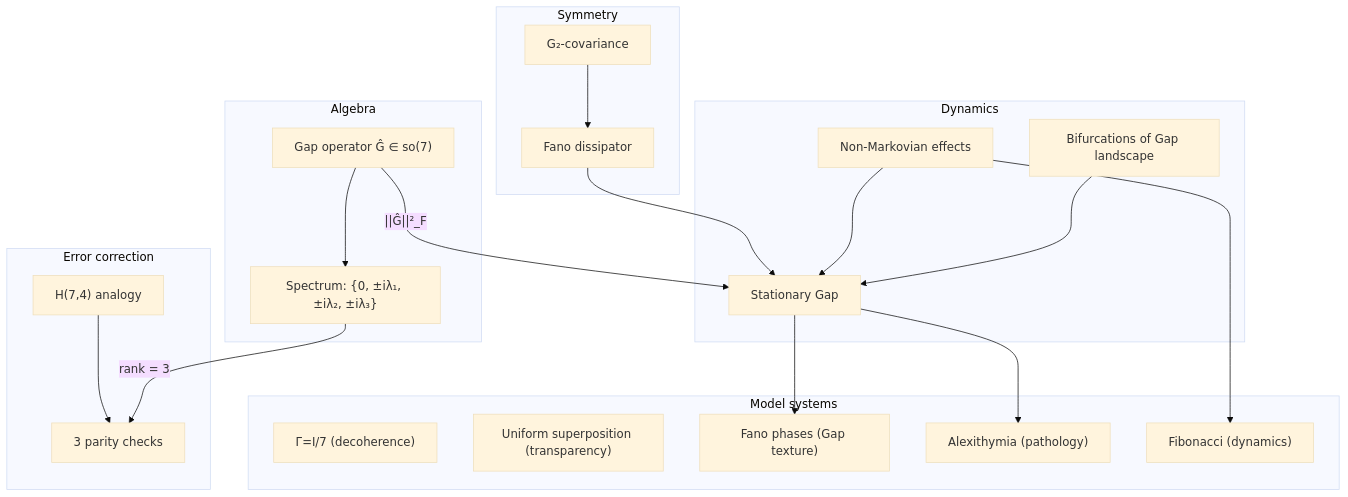
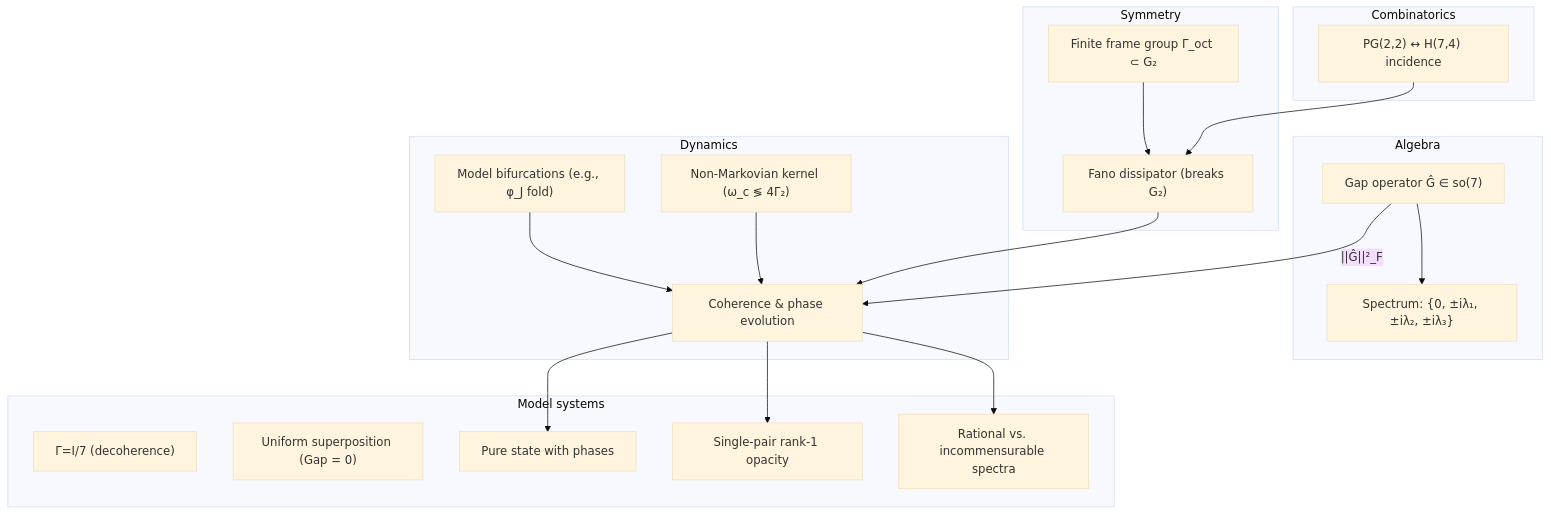
The diagram in website/docs/core/dynamics/gap-dynamics.md (gst-st/uhm), drawn with Mermaid (base theme) before and after one commit. The commit also changed other lines of this file and 376 other files, not shown here.

First line of the commit message:
Refactor UHM canon, decontaminate architecture, and verify EN/RU parity

````diff
--- a/website/docs/core/dynamics/gap-dynamics.md
+++ b/website/docs/core/dynamics/gap-dynamics.md
@@ -587,39 +447,37 @@
 ```mermaid
 graph TD
     subgraph ALG["Algebra"]
         GO["Gap operator Ĝ ∈ so(7)"]
         SP["Spectrum: {0, ±iλ₁, ±iλ₂, ±iλ₃}"]
     end
     subgraph DYN["Dynamics"]
-        BIF["Bifurcations of Gap landscape"]
-        NM["Non-Markovian effects"]
-        STAT["Stationary Gap"]
+        BIF["Model bifurcations (e.g., φ_J fold)"]
+        NM["Non-Markovian kernel (ω_c ≶ 4Γ₂)"]
+        STAT["Coherence & phase evolution"]
     end
     subgraph SYM["Symmetry"]
-        G2["G₂-covariance"]
-        FANO["Fano dissipator"]
+        GOCT["Finite frame group Γ_oct ⊂ G₂"]
+        FANO["Fano dissipator (breaks G₂)"]
     end
-    subgraph ERR["Error correction"]
-        HAM["H(7,4) analogy"]
-        PAR["3 parity checks"]
+    subgraph ERR["Combinatorics"]
+        HAM["PG(2,2) ↔ H(7,4) incidence"]
     end
     subgraph MOD["Model systems"]
         M1["Γ=I/7 (decoherence)"]
-        M2["Uniform superposition (transparency)"]
-        M3["Fano phases (Gap texture)"]
-        M4["Alexithymia (pathology)"]
-        M5["Fibonacci (dynamics)"]
+        M2["Uniform superposition (Gap = 0)"]
+        M3["Pure state with phases"]
+        M4["Single-pair rank-1 opacity"]
+        M5["Rational vs. incommensurable spectra"]
     end
 
     GO --> SP
-    SP --> |"rank = 3"| PAR
     GO --> |"||Ĝ||²_F"| STAT
     BIF --> STAT
     NM --> STAT
-    G2 --> FANO
+    GOCT --> FANO
     FANO --> STAT
-    HAM --> PAR
+    HAM --> FANO
     STAT --> M3
     STAT --> M4
-    NM --> M5
+    STAT --> M5
 ```
````
